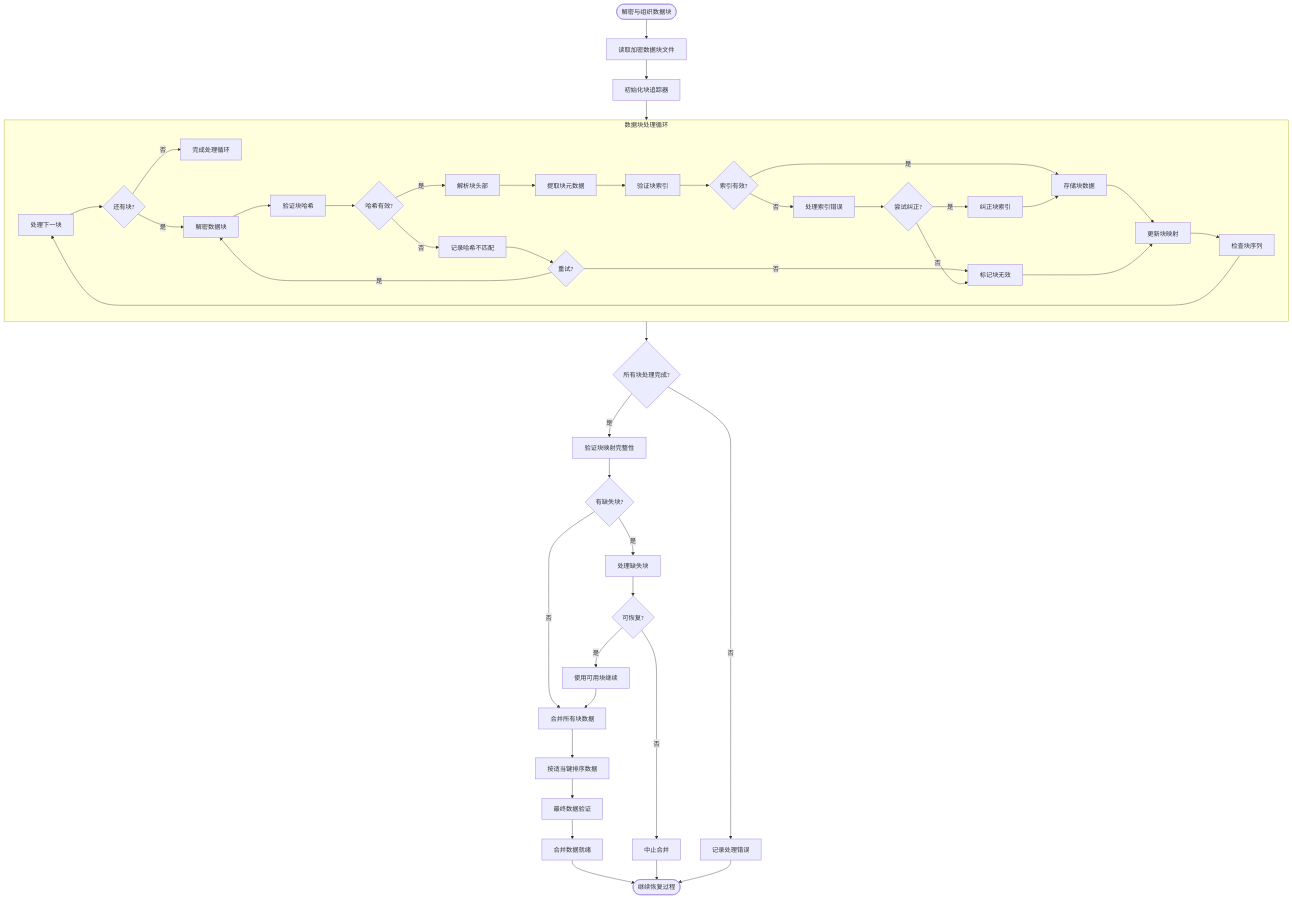
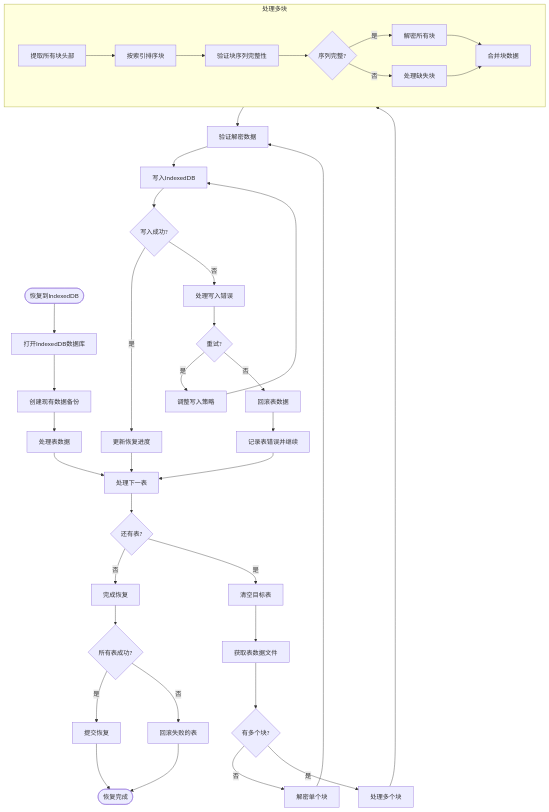
The diagram in all/未命名-52.md (yingjianzh/iodraw-files), drawn with Mermaid before and after one commit.

Commit message:
2025-05-09 18:25:27 update

````diff
--- a/all/未命名-52.md
+++ b/all/未命名-52.md
@@ -1,62 +1,55 @@
 ```mermaid
 flowchart TD
-    Start([解密与组织数据块]) --> ReadEncryptedBlocks[读取加密数据块文件]
-    ReadEncryptedBlocks --> InitBlockTracker[初始化块追踪器]
+    Start([恢复到IndexedDB]) --> OpenDB[打开IndexedDB数据库]
+    OpenDB --> CreateBackup[创建现有数据备份]
+    CreateBackup --> ProcessTables[处理表数据]
     
-    subgraph BlockProcessing [数据块处理循环]
-        ProcessNextBlock[处理下一块] --> HasMoreBlocks{还有块?}
-        HasMoreBlocks -->|否| CompleteProcessing[完成处理循环]
-        HasMoreBlocks -->|是| DecryptBlock[解密数据块]
-        
-        DecryptBlock --> VerifyBlockHash[验证块哈希]
-        VerifyBlockHash --> HashValid{哈希有效?}
-        HashValid -->|否| LogHashMismatch[记录哈希不匹配]
-        HashValid -->|是| ParseBlockHeader[解析块头部]
-        
-        ParseBlockHeader --> ExtractBlockMetadata[提取块元数据]
-        ExtractBlockMetadata --> ValidateBlockIndex[验证块索引]
-        ValidateBlockIndex --> IndexValid{索引有效?}
-        
-        IndexValid -->|否| HandleIndexError[处理索引错误]
-        IndexValid -->|是| StoreBlockData[存储块数据]
-        
-        StoreBlockData --> UpdateBlockMap[更新块映射]
-        UpdateBlockMap --> CheckBlockSequence[检查块序列]
-        CheckBlockSequence --> ProcessNextBlock
-        
-        LogHashMismatch --> RetryDecryption{重试?}
-        RetryDecryption -->|是| DecryptBlock
-        RetryDecryption -->|否| MarkInvalid[标记块无效]
-        
-        HandleIndexError --> AttemptCorrection{尝试纠正?}
-        AttemptCorrection -->|是| CorrectIndex[纠正块索引]
-        AttemptCorrection -->|否| MarkInvalid
-        
-        CorrectIndex --> StoreBlockData
-        MarkInvalid --> UpdateBlockMap
+    ProcessTables --> ProcessNextTable[处理下一表]
+    ProcessNextTable --> MoreTables{还有表?}
+    MoreTables -->|否| FinalizeRestore[完成恢复]
+    MoreTables -->|是| ClearTable[清空目标表]
+    
+    ClearTable --> GetTableData[获取表数据文件]
+    GetTableData --> TableHasMultipleBlocks{有多个块?}
+    
+    TableHasMultipleBlocks -->|否| DecryptSingleBlock[解密单个块]
+    TableHasMultipleBlocks -->|是| ProcessMultipleBlocks[处理多个块]
+    
+    subgraph MultiBlockProcess [处理多块]
+        MB1[提取所有块头部] --> MB2[按索引排序块]
+        MB2 --> MB3[验证块序列完整性]
+        MB3 --> MB4{序列完整?}
+        MB4 -->|否| MB5[处理缺失块]
+        MB4 -->|是| MB6[解密所有块]
+        MB6 --> MB7[合并块数据]
+        MB5 --> MB7
     end
     
-    InitBlockTracker --> BlockProcessing
+    ProcessMultipleBlocks --> MultiBlockProcess
     
-    BlockProcessing --> AllBlocksProcessed{所有块处理完成?}
-    AllBlocksProcessed -->|是| ValidateBlockMap[验证块映射完整性]
-    AllBlocksProcessed -->|否| LogProcessingError[记录处理错误]
+    DecryptSingleBlock --> ValidateData[验证解密数据]
+    MultiBlockProcess --> ValidateData
     
-    ValidateBlockMap --> MissingBlocks{有缺失块?}
-    MissingBlocks -->|否| MergeAllBlocks[合并所有块数据]
-    MissingBlocks -->|是| HandleMissingBlocks[处理缺失块]
+    ValidateData --> WriteToIndexedDB[写入IndexedDB]
+    WriteToIndexedDB --> ValidationSuccess{写入成功?}
     
-    HandleMissingBlocks --> Recoverable{可恢复?}
-    Recoverable -->|是| ContinueWithAvailable[使用可用块继续]
-    Recoverable -->|否| AbortMerge[中止合并]
+    ValidationSuccess -->|是| UpdateProgress[更新恢复进度]
+    ValidationSuccess -->|否| HandleWriteError[处理写入错误]
     
-    ContinueWithAvailable --> MergeAllBlocks
-    MergeAllBlocks --> SortMergedData[按适当键排序数据]
-    SortMergedData --> FinalValidation[最终数据验证]
+    HandleWriteError --> RetryWrite{重试?}
+    RetryWrite -->|是| AdjustWriteStrategy[调整写入策略]
+    RetryWrite -->|否| RollbackTable[回滚表数据]
     
-    FinalValidation --> DataReady[合并数据就绪]
-    DataReady --> End([继续恢复过程])
+    AdjustWriteStrategy --> WriteToIndexedDB
+    RollbackTable --> LogTableError[记录表错误并继续]
     
-    LogProcessingError --> End
-    AbortMerge --> End
+    UpdateProgress --> ProcessNextTable
+    LogTableError --> ProcessNextTable
+    
+    FinalizeRestore --> AllTablesSuccess{所有表成功?}
+    AllTablesSuccess -->|是| CommitRestore[提交恢复]
+    AllTablesSuccess -->|否| RollbackFailed[回滚失败的表]
+    
+    CommitRestore --> End([恢复完成])
+    RollbackFailed --> End
 ```
````
